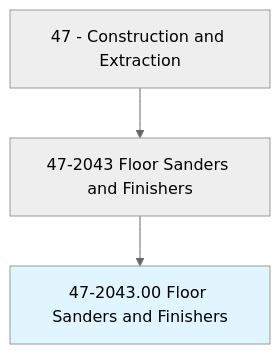
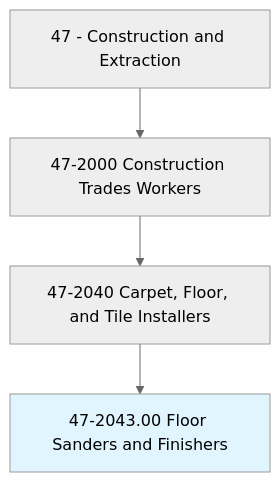
Before and after one commit to kziemski/business.org.ai: the first of 4 diagrams in occupations/Construction/FloorSandersAndFinishers.mdx, drawn with Mermaid (neutral theme). The commit also changed other lines of this file and 938 other files, not shown here.

````diff
--- a/occupations/Construction/FloorSandersAndFinishers.mdx
+++ b/occupations/Construction/FloorSandersAndFinishers.mdx
@@ -19,6 +23,7 @@
 ```mermaid
 graph TD
-    Cat47["47 - Construction and Extraction"] --> Group472043["47-2043 Floor Sanders and Finishers"]
-    Group472043 --> Current["47-2043.00 Floor Sanders and Finishers"]
+    Cat47["47 - Construction and Extraction"] --> Group472["47-2000 Construction Trades Workers"]
+    Group472 --> Group4720["47-2040 Carpet, Floor, and Tile Installers"]
+    Group4720 --> Current["47-2043.00 Floor Sanders and Finishers"]
     style Current fill:#e1f5fe
 ```
````
